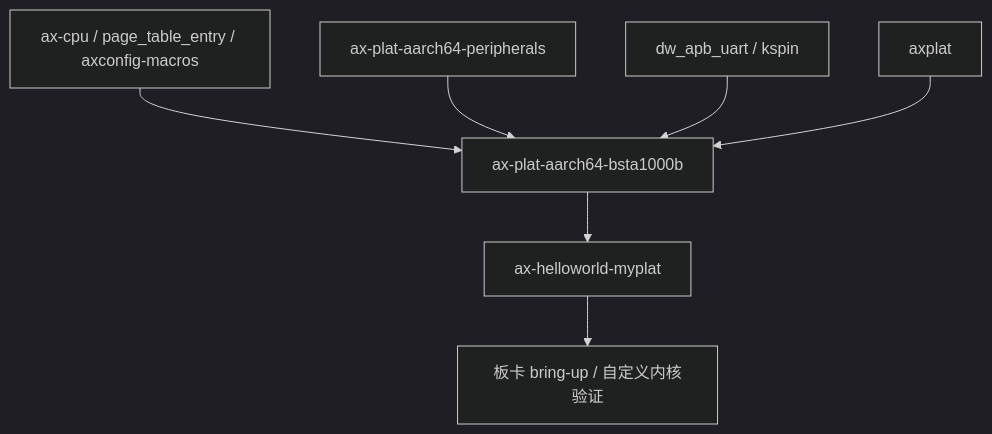
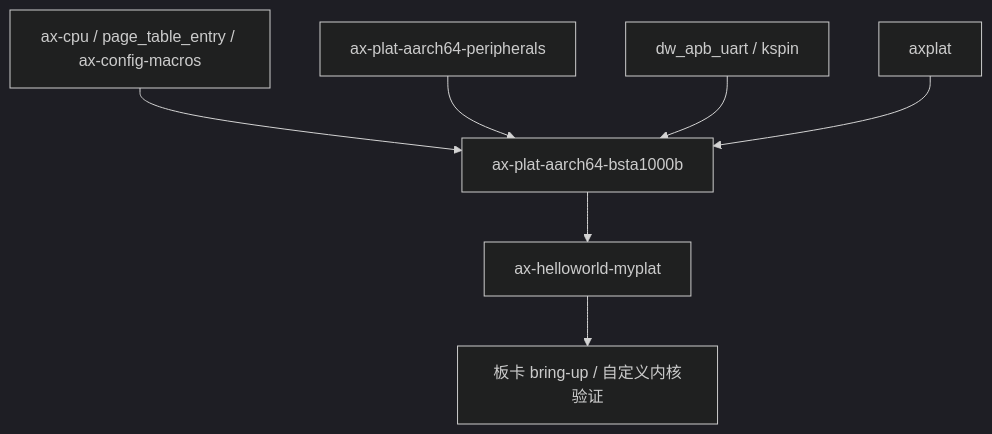
Before and after one commit to zKurisu/tgoskits: the second of 2 diagrams in docs/crates/ax-plat-aarch64-bsta1000b.md, drawn with Mermaid (dark theme). The commit also changed other lines of this file and 75 other files, not shown here.

Commit message:
rename axconfig-macros to ax-config-macros

````diff
--- a/docs/crates/ax-plat-aarch64-bsta1000b.md
+++ b/docs/crates/ax-plat-aarch64-bsta1000b.md
@@ -161,9 +161,9 @@
 ```mermaid
 graph TD
-    A[ax-cpu / page_table_entry / axconfig-macros] --> B[ax-plat-aarch64-bsta1000b]
+    A[ax-cpu / page_table_entry / ax-config-macros] --> B[ax-plat-aarch64-bsta1000b]
     C[ax-plat-aarch64-peripherals] --> B
     D[dw_apb_uart / kspin] --> B
     E[axplat] --> B
     B --> F[ax-helloworld-myplat]
     F --> G[板卡 bring-up / 自定义内核验证]
 ```
````
